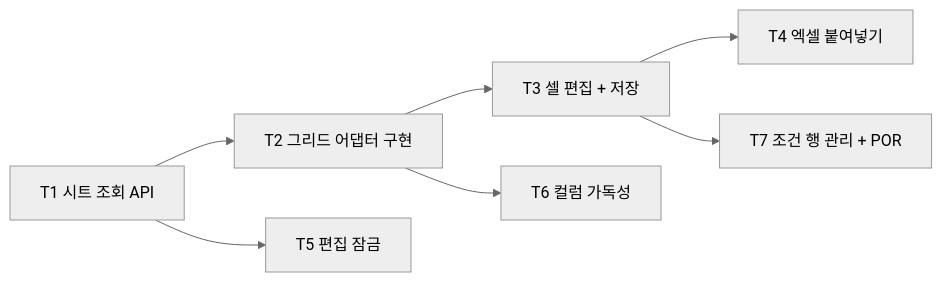
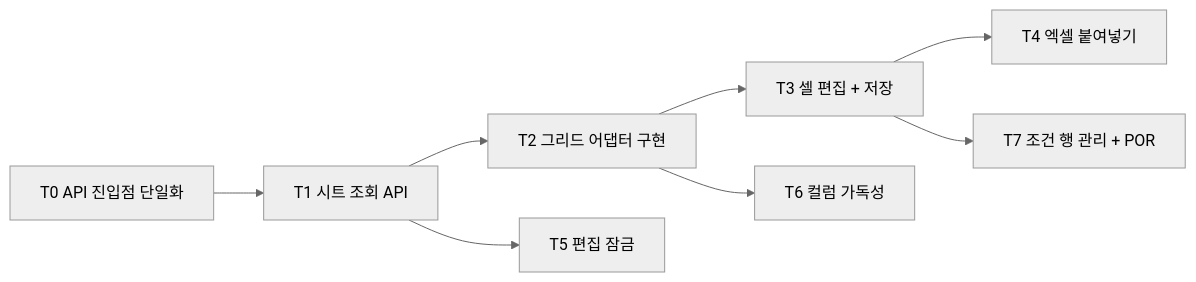
Before and after one commit to Middleages/process-condition-manager: the diagram in plan/phase-2-tasks.md, drawn with Mermaid (neutral theme). The commit also changed other lines of this file and 2 other files, not shown here.

First line of the commit message:
docs(plan): Phase 2 작업 계획 구체화 — P2-D1~D8 확정 + T0 API 진입점 단일화(D-19)

````diff
--- a/plan/phase-2-tasks.md
+++ b/plan/phase-2-tasks.md
@@ -31,9 +45,10 @@
 ```mermaid
 flowchart LR
-    T1[T1 시트 조회 API] --> T2[T2 그리드 어댑터 구현]
+    T0[T0 API 진입점 단일화] --> T1[T1 시트 조회 API]
+    T1 --> T2[T2 그리드 어댑터 구현]
     T2 --> T3[T3 셀 편집 + 저장]
     T3 --> T4[T4 엑셀 붙여넣기]
     T1 --> T5[T5 편집 잠금]
     T2 --> T6[T6 컬럼 가독성]
     T3 --> T7[T7 조건 행 관리 + POR]
 ```
````
